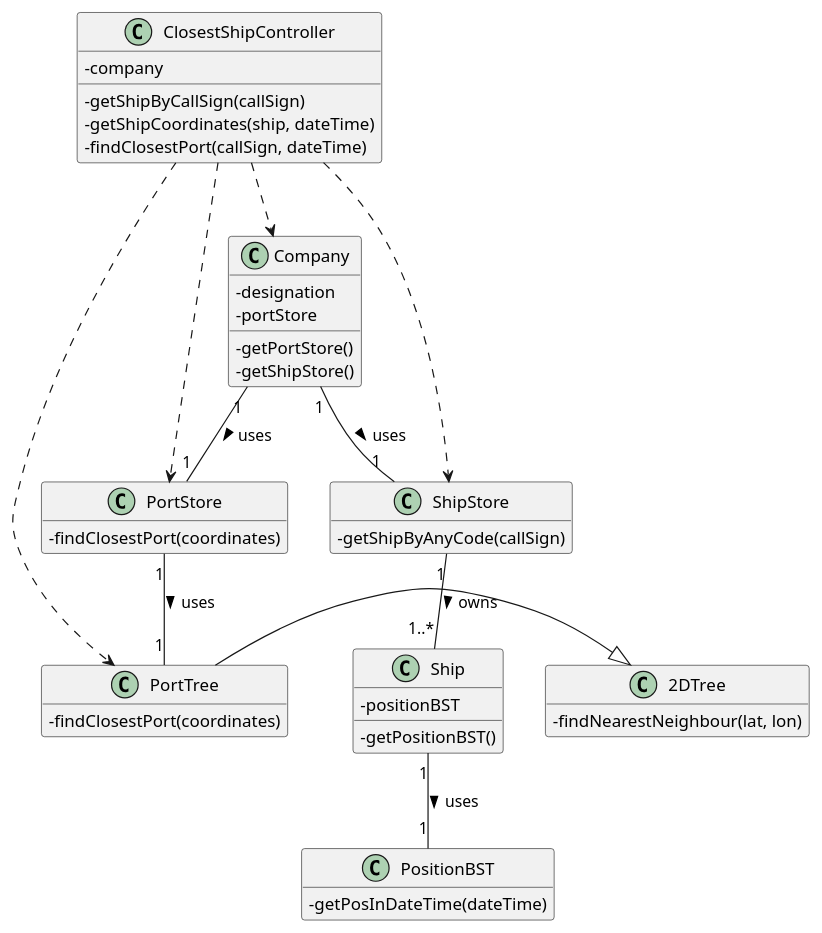
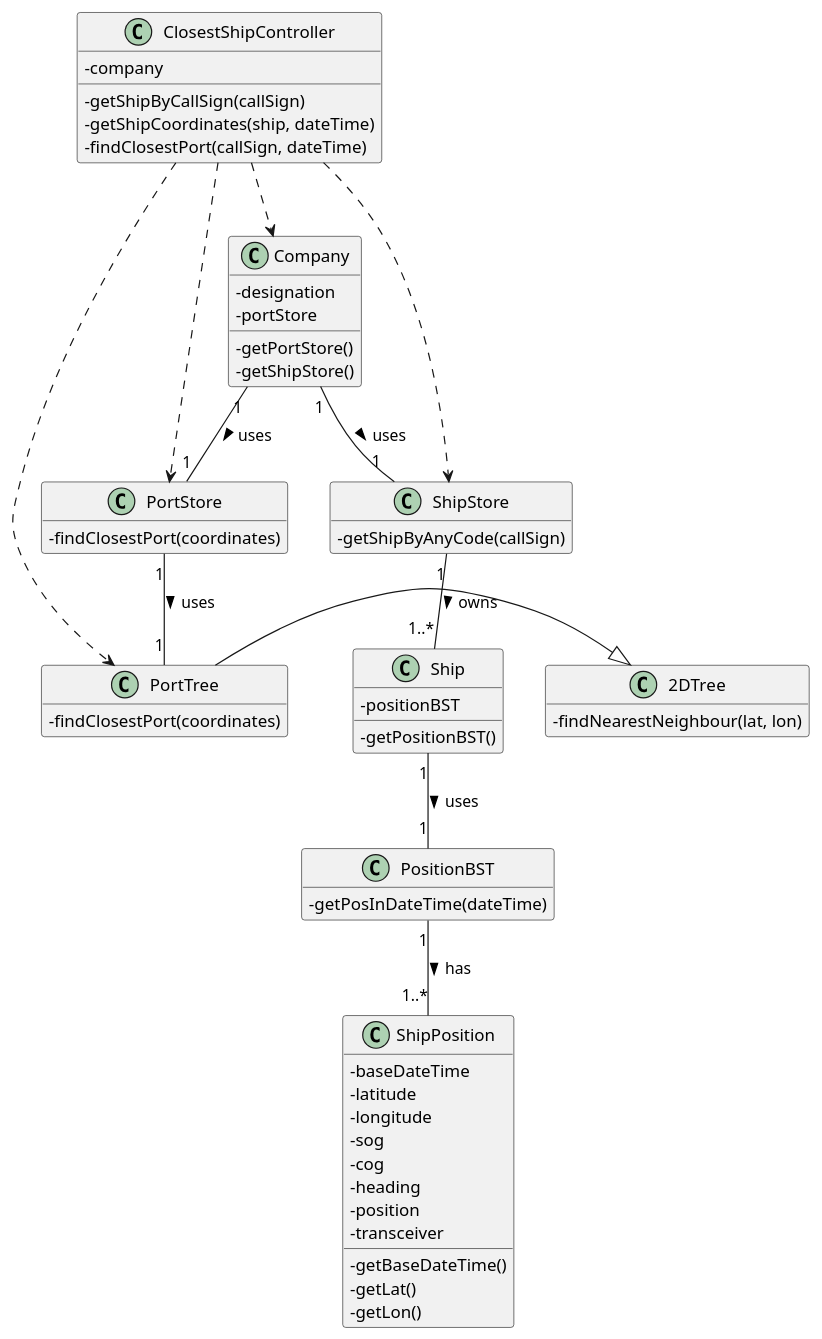
One commit to ana-albergaria/LAPR3-ISEP changed the diagram in docs/US202/US_202_CD.puml. Above: the diagram before and after it, drawn with PlantUML. The commit also changed 1 other file, not shown here.

Commit message:
G54-90 #time 5m #comment minor correction

```diff
--- a/docs/US202/US_202_CD.puml
+++ b/docs/US202/US_202_CD.puml
@@ -1,61 +1,76 @@
 @startuml
 
 hide empty methods
 hide empty attributes
 'left to right direction
 skinparam classAttributeIconSize 0
 
 class ClosestShipController {
 -company
 -getShipByCallSign(callSign)
 -getShipCoordinates(ship, dateTime)
 -findClosestPort(callSign, dateTime)
 }
 
 class Ship {
 -positionBST
 -getPositionBST()
 }
 
 class ShipStore {
 -getShipByAnyCode(callSign)
 }
 
 class PositionBST {
 -getPosInDateTime(dateTime)
+}
+
+class ShipPosition {
+    -baseDateTime
+    -latitude
+    -longitude
+    -sog
+    -cog
+    -heading
+    -position
+    -transceiver
+    -getBaseDateTime()
+    -getLat()
+    -getLon()
 }
 
 class Company {
 - designation
 - portStore
 - getPortStore()
 -getShipStore()
 }
 
 class PortStore {
 - findClosestPort(coordinates)
 }
 
 class PortTree {
 - findClosestPort(coordinates)
 }
 
 class 2DTree{
 -findNearestNeighbour(lat, lon)
 }
 
 Company "1" -- "1" PortStore : uses >
 Company "1" -- "1" ShipStore : uses >
 ShipStore "1" -- "1..*" Ship : owns >
 Ship "1" -- "1" PositionBST : uses >
 PortStore "1" -- "1" PortTree : uses >
 ClosestShipController ..> Company
 ClosestShipController ..> PortTree
 ClosestShipController ..> PortStore
 ClosestShipController ..> ShipStore
+PositionBST "1" -- "1..*" ShipPosition : has >
 
 PortTree -|> 2DTree
 
 
 
 @enduml
```
